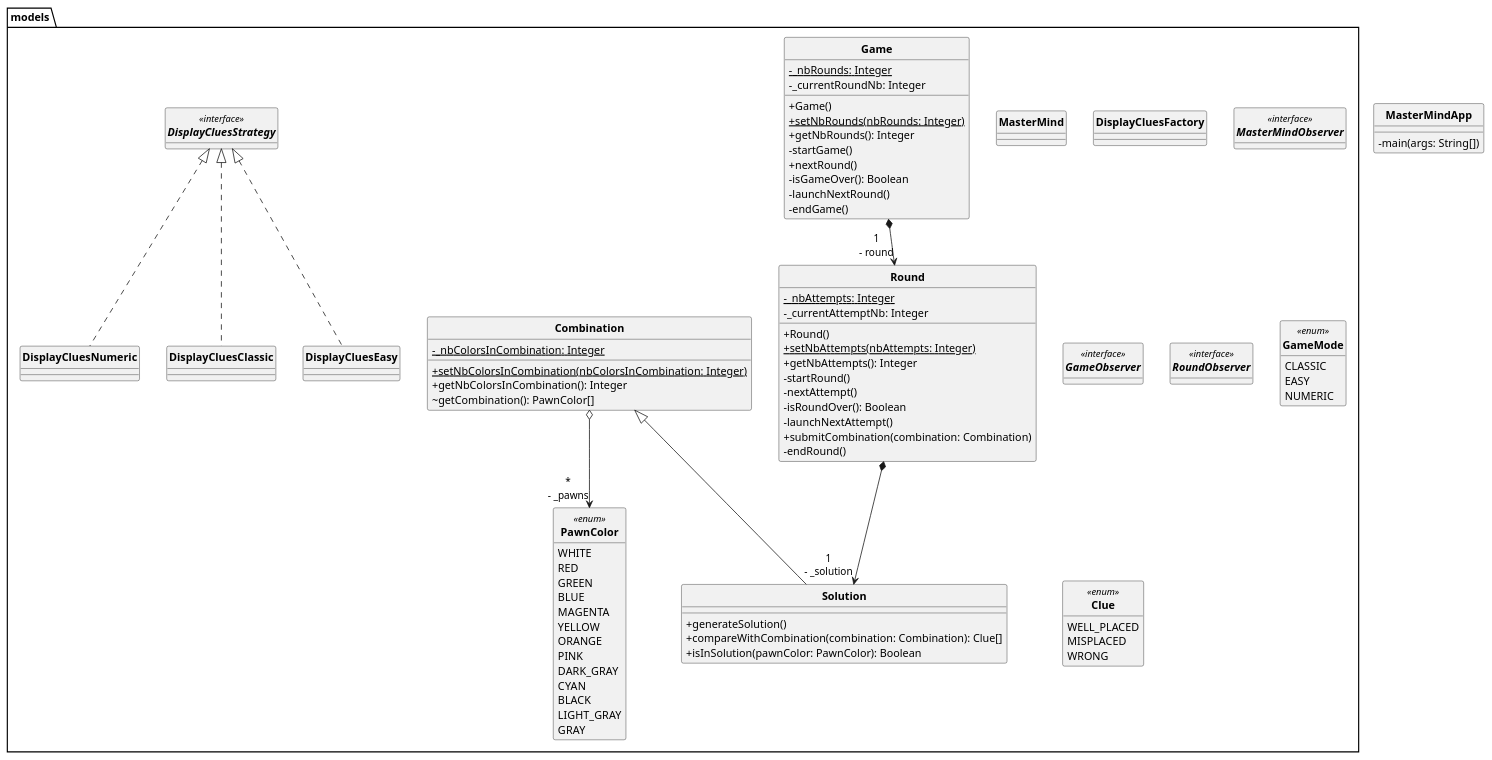
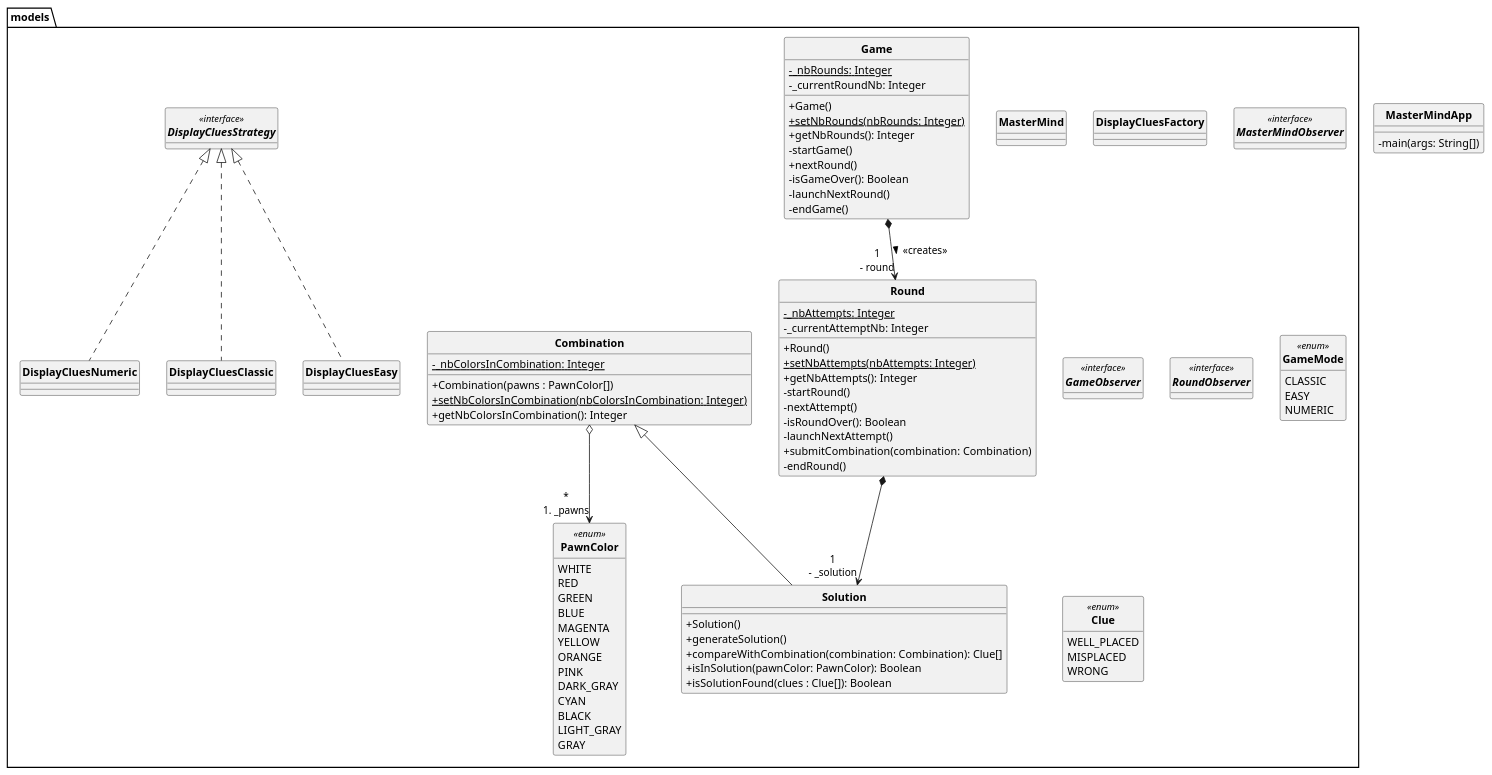
One commit to Robin3711/mastermind changed the diagram in diags/masterMindFirstDiag.puml. Above: the diagram before and after it, drawn with PlantUML.

Commit message:
Avancée du premier diagramme

```diff
--- a/diags/masterMindFirstDiag.puml
+++ b/diags/masterMindFirstDiag.puml
@@ -1,184 +1,197 @@
 @startuml
 
 skinparam style strictuml
 skinparam classAttributeIconSize 0
 skinparam classFontStyle Bold
 hide enum methods
 hide interface attributes
 
 /'
 Main :
     - MasterMindApp
 
 Views :
     Classes :
         - MenuWindowView
         - SettingsWindowView
         - GameWindowView
         - EndWindowView
     Interfaces :
         /
     Enums :
         /
 
 Controllers :
     Classes :
         - MasterMindController
         - GameController
     Interfaces :
         /
     Enums :
         /
 
 Models :
     Classes
         - MasterMind
         - Game
         - Round
         - Combination
-        - Pawn ?
+        - Solution
         - DisplayCluesFactory
         - DisplayCluesClassic
         - DisplayCluesEasy
         - DisplayCluesNumeric
     Interfaces
         - DisplayCluesStrategy
         - MasterMindObserver
         - GameObserver
         - RoundObserver
     Enums
         - PawnColor
         - GameMode
+        - Clue
 '/
 
 class MasterMindApp {
     - main(args: String[])
 }
 
 package models {
     class MasterMind {}
     class Game {
         - {static} _nbRounds: Integer
         - _currentRoundNb: Integer
         + Game()
         + {static} setNbRounds(nbRounds: Integer)
+        'Pas encore utilisé, à supprimer ?
         + getNbRounds(): Integer
         - startGame()
         + nextRound()
         - isGameOver(): Boolean
         - launchNextRound()
         - endGame()
     }
     class Round {
         - {static} _nbAttempts: Integer
         - _currentAttemptNb: Integer
         + Round()
         + {static} setNbAttempts(nbAttempts: Integer)
+        'Pas encore utilisé, à supprimer ?
         + getNbAttempts(): Integer
         - startRound()
         'nextAttempt() entraine des relations ?
         - nextAttempt()
         - isRoundOver(): Boolean
         - launchNextAttempt()
-        'submitCombination entraine des relations (normallement)
+        'submitCombination entraine des relations (normallement) )?
         + submitCombination(combination: Combination)
         - endRound()
     }
     class Combination {
         - {static} _nbColorsInCombination: Integer
+        + Combination(pawns : PawnColor[])
         + {static} setNbColorsInCombination(nbColorsInCombination: Integer)
         + getNbColorsInCombination(): Integer
-        ~ getCombination(): PawnColor[]
     }
     class Solution extends Combination {
+        + Solution()
+        'generateSolution() entraine une relation avec PawnColor ?
         + generateSolution()
+        'compareWithCombination() entraine une relation avec Clue ?
         + compareWithCombination(combination: Combination): Clue[]
+        'isInSolution() entraine une relation avec PawnColor ?
         + isInSolution(pawnColor: PawnColor): Boolean
+        'isSolutionFound() entraine une relation avec Clue ?
+        + isSolutionFound(clues : Clue[]): Boolean
     }
     class DisplayCluesFactory {}
     class DisplayCluesClassic implements DisplayCluesStrategy {}
     class DisplayCluesEasy implements DisplayCluesStrategy {}
     class DisplayCluesNumeric implements DisplayCluesStrategy {}
 
     interface DisplayCluesStrategy <<interface>> {
     }
     interface MasterMindObserver <<interface>> {}
     interface GameObserver <<interface>> {}
     interface RoundObserver <<interface>> {}
 
+    'Baisser le nombre de couleurs à 9 (8 + 1 pour le vide), ou 8 (rien pour le vide)
     enum PawnColor <<enum>> {
         WHITE
         RED
         GREEN
         BLUE
         MAGENTA
         YELLOW
         ORANGE
         PINK
         DARK_GRAY
         CYAN
         BLACK
         LIGHT_GRAY
         GRAY
     }
     enum GameMode <<enum>> {
         CLASSIC
         EASY
         NUMERIC
     }
     enum Clue <<enum>> {
         WELL_PLACED
         MISPLACED
         WRONG
     }
 }
 
 'Relations
 
 'Main
 
 
 
 'Models
 'MasterMind
 
 
 'Game
-Game *--> "1\n- round" Round
+'Bonne relation ? Bonne visibilité ?
+Game *--> "1\n- round" Round : > <<creates>>
 
 'Round
+'Bonne relation ?
 Round *--> "1\n- _solution" Solution
 
 'Combination
-Combination o--> "*\n- _pawns" PawnColor
+'Bonne relation ?
+Combination o--> "*\n# _pawns" PawnColor
 
 'DisplayCluesFactory
 
 
 'DisplayCluesClassic
 
 
 'DisplayCluesEasy
 
 
 'DisplayCluesNumeric
 
 
 'DisplayCluesStrategy
 
 
 'MasterMindObserver
 
 
 'GameObserver
 
 
 'RoundObserver
 
 
 'PawnColor
 
 
 'GameMode
 
 @enduml
```
